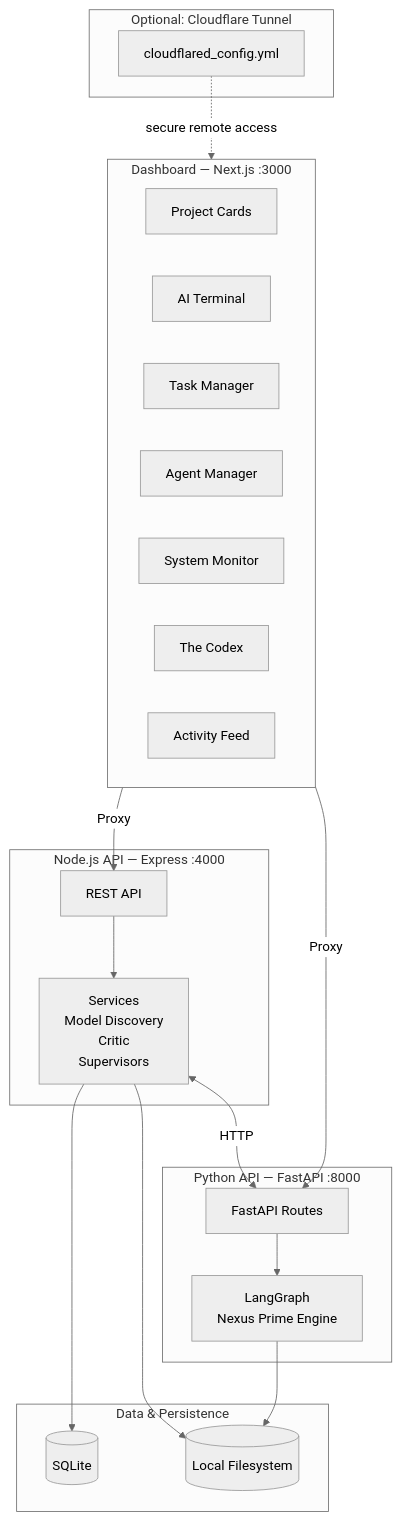
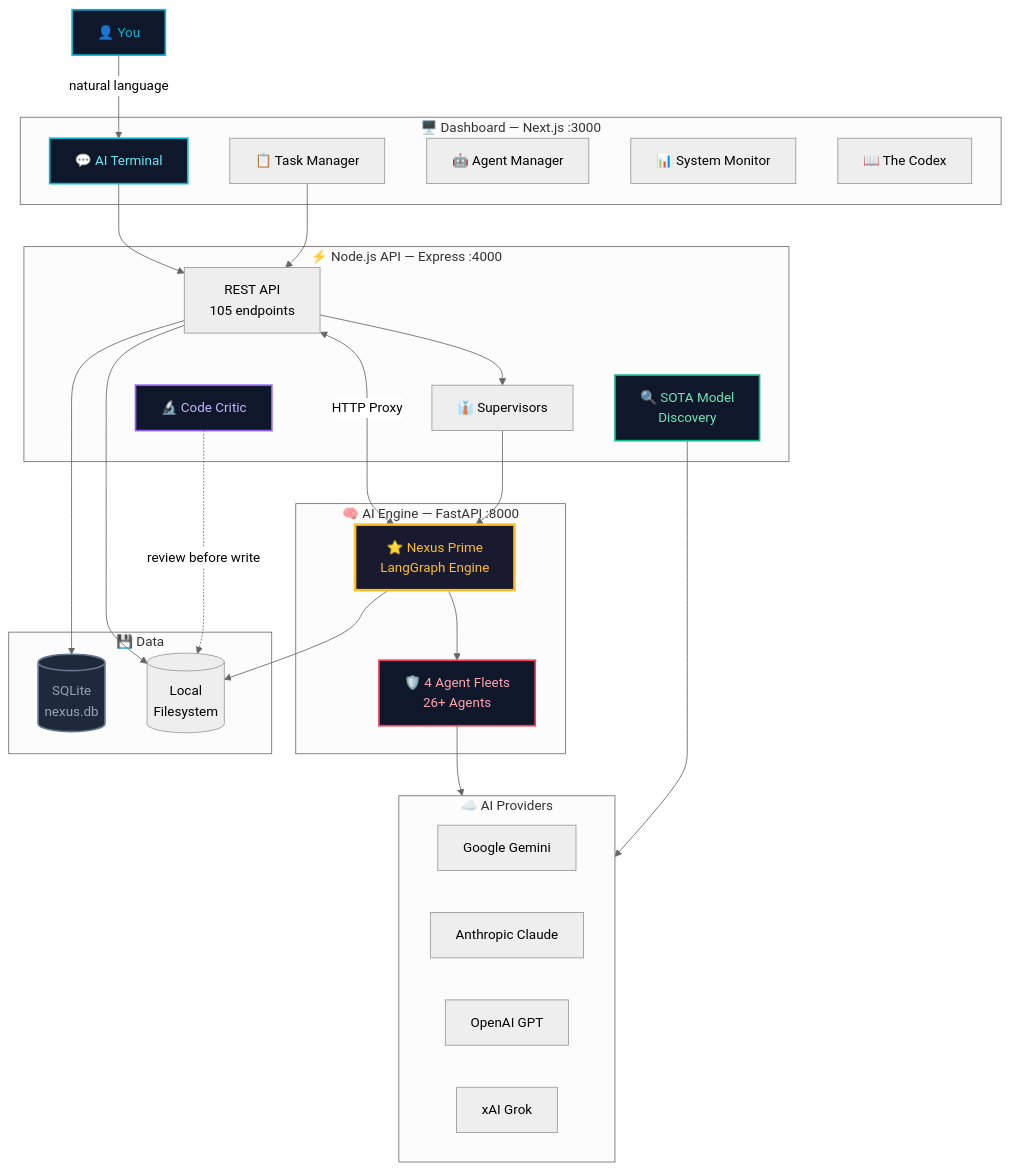
Before and after one commit to VibeShiftAI/TheNexus: the first of 4 diagrams in README.md, drawn with Mermaid (neutral theme). The commit also changed other lines of this file, not shown here.

Commit message:
docs: enhance architecture diagram with styled nodes and embed E2E data flow SVG

````diff
--- a/README.md
+++ b/README.md
@@ -31,41 +31,57 @@
 ```mermaid
 graph TD
-    subgraph Tunnel ["Optional: Cloudflare Tunnel"]
-        CF["cloudflared_config.yml"]
+    User["👤 You"] -->|natural language| Terminal
+
+    subgraph Frontend ["🖥️ Dashboard — Next.js :3000"]
+        Terminal["💬 AI Terminal"]
+        Tasks["📋 Task Manager"]
+        Agents["🤖 Agent Manager"]
+        Monitor["📊 System Monitor"]
+        Codex["📖 The Codex"]
     end
 
-    subgraph Dashboard ["Dashboard — Next.js :3000"]
-        D1["Project Cards"]
-        D2["AI Terminal"]
-        D3["Task Manager"]
-        D4["Agent Manager"]
-        D5["System Monitor"]
-        D6["The Codex"]
-        D7["Activity Feed"]
+    subgraph Backend ["⚡ Node.js API — Express :4000"]
+        REST["REST API\n105 endpoints"]
+        Discovery["🔍 SOTA Model\nDiscovery"]
+        Critic["🔬 Code Critic"]
+        Supervisor["👔 Supervisors"]
     end
 
-    subgraph Node ["Node.js API — Express :4000"]
-        API["REST API"]
-        Services["Services\nModel Discovery\nCritic\nSupervisors"]
+    subgraph Engine ["🧠 AI Engine — FastAPI :8000"]
+        LangGraph["⭐ Nexus Prime\nLangGraph Engine"]
+        Fleets["🛡️ 4 Agent Fleets\n26+ Agents"]
     end
 
-    subgraph Python ["Python API — FastAPI :8000"]
-        FastAPI["FastAPI Routes"]
-        LG["LangGraph\nNexus Prime Engine"]
+    subgraph Persistence ["💾 Data"]
+        DB[("SQLite\nnexus.db")]
+        FS[("Local\nFilesystem")]
     end
 
-    subgraph Data ["Data & Persistence"]
-        SQLite[("SQLite")]
-        FS[("Local Filesystem")]
+    subgraph Providers ["☁️ AI Providers"]
+        Gemini["Google Gemini"]
+        Claude["Anthropic Claude"]
+        GPT["OpenAI GPT"]
+        Grok["xAI Grok"]
     end
 
-    CF -.->|secure remote access| Dashboard
-    Dashboard -->|Proxy| API
-    Dashboard -->|Proxy| FastAPI
-    API --> Services
-    FastAPI --> LG
-    Services --> SQLite
-    Services --> FS
-    LG --> FS
-    Services <-->|HTTP| FastAPI
+    Terminal --> REST
+    Tasks --> REST
+    REST --> Supervisor
+    REST <-->|HTTP Proxy| LangGraph
+    Supervisor --> LangGraph
+    LangGraph --> Fleets
+    Fleets --> Providers
+    Discovery --> Providers
+    REST --> DB
+    REST --> FS
+    LangGraph --> FS
+    Critic -.->|review before write| FS
+
+    style User fill:#0f172a,stroke:#06b6d4,stroke-width:2px,color:#06b6d4
+    style Terminal fill:#0f172a,stroke:#06b6d4,stroke-width:2px,color:#67e8f9
+    style LangGraph fill:#1a1a2e,stroke:#fbbf24,stroke-width:3px,color:#fbbf24
+    style Fleets fill:#0f172a,stroke:#f43f5e,stroke-width:2px,color:#fda4af
+    style Discovery fill:#0f172a,stroke:#10b981,stroke-width:2px,color:#6ee7b7
+    style Critic fill:#0f172a,stroke:#8b5cf6,stroke-width:2px,color:#c4b5fd
+    style DB fill:#1e293b,stroke:#64748b,stroke-width:2px,color:#94a3b8
 ```
````
